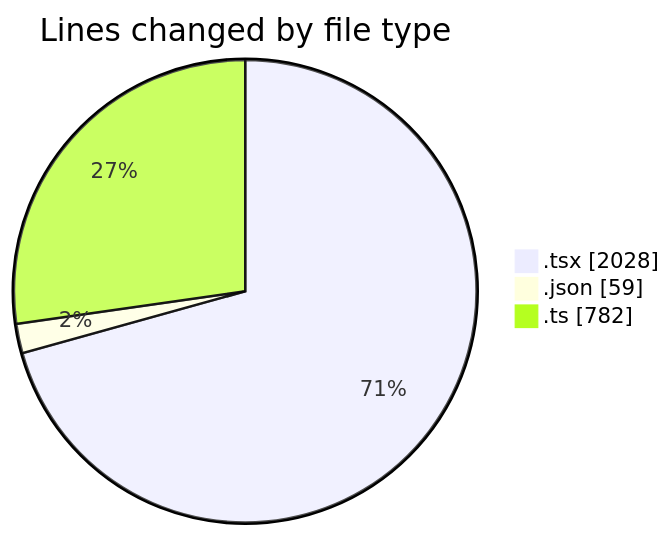
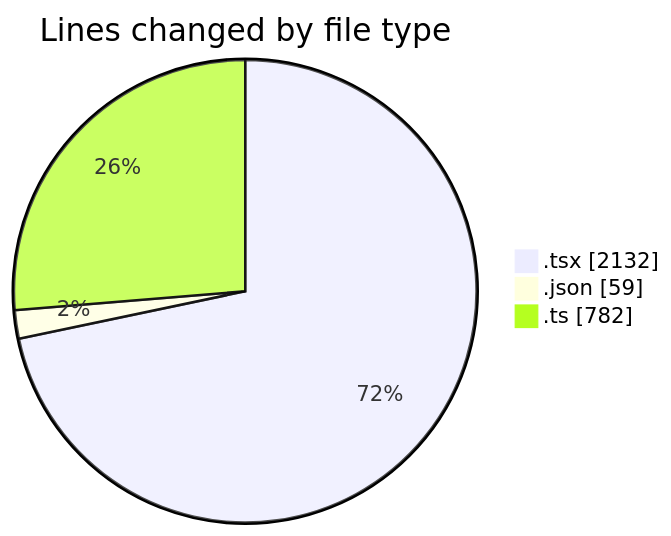
The first of 2 diagrams in 2025-11-24/cda/README.md (momahboobian/code-tracking), drawn with Mermaid before and after one commit. The commit also changed other lines of this file and 1 other file, not shown here.

````diff
--- a/2025-11-24/cda/README.md
+++ b/2025-11-24/cda/README.md
@@ -31,7 +31,7 @@
 ```mermaid
 pie showData
 title Lines changed by file type
-".tsx" : 2028
+".tsx" : 2132
 ".json" : 59
 ".ts" : 782
 ```
````
